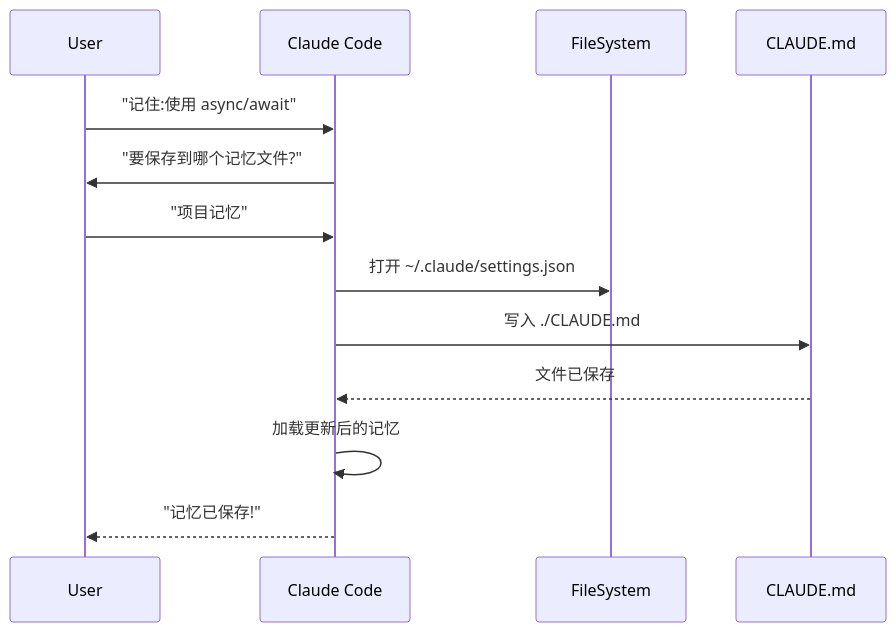
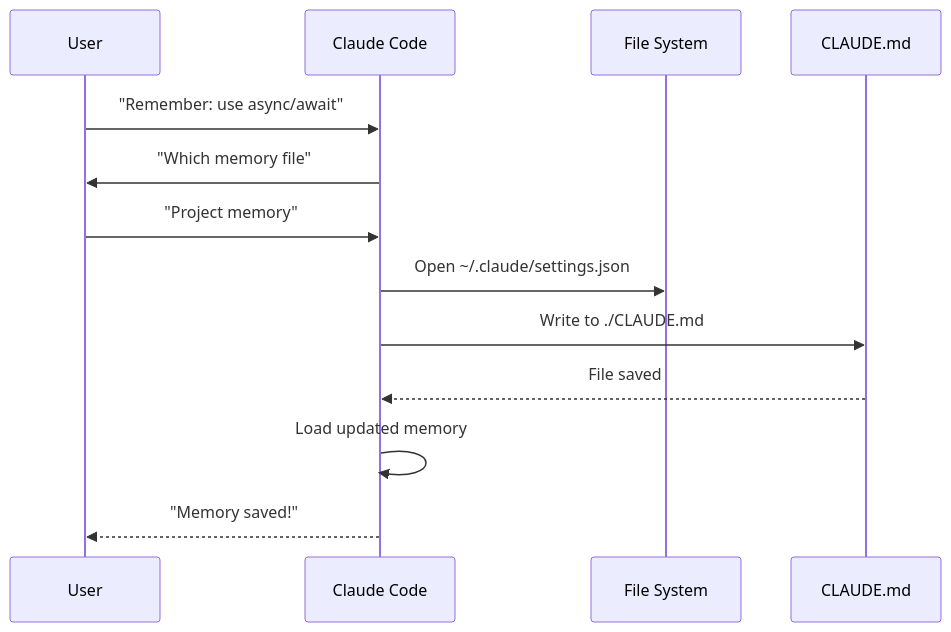
One commit to Rx782-Fss/claude-howto-zh changed the third of 5 diagrams in 02-memory/README.md. Above: the diagram before and after it, drawn with Mermaid. The commit also changed other lines of this file and 104 other files, not shown here.

````diff
--- a/02-memory/README.md
+++ b/02-memory/README.md
@@ -341,16 +390,16 @@
 ```mermaid
 sequenceDiagram
     participant User
     participant Claude as Claude Code
-    participant Editor as FileSystem
+    participant Editor as File System
     participant Memory as CLAUDE.md
 
-    User->>Claude: "记住:使用 async/await"
-    Claude->>User: "要保存到哪个记忆文件?"
-    User->>Claude: "项目记忆"
-    Claude->>Editor: 打开 ~/.claude/settings.json
-    Claude->>Memory: 写入 ./CLAUDE.md
-    Memory-->>Claude: 文件已保存
-    Claude->>Claude: 加载更新后的记忆
-    Claude-->>User: "记忆已保存!"
+    User->>Claude: "Remember: use async/await"
+    Claude->>User: "Which memory file"
+    User->>Claude: "Project memory"
+    Claude->>Editor: Open ~/.claude/settings.json
+    Claude->>Memory: Write to ./CLAUDE.md
+    Memory-->>Claude: File saved
+    Claude->>Claude: Load updated memory
+    Claude-->>User: "Memory saved!"
 ```
````
